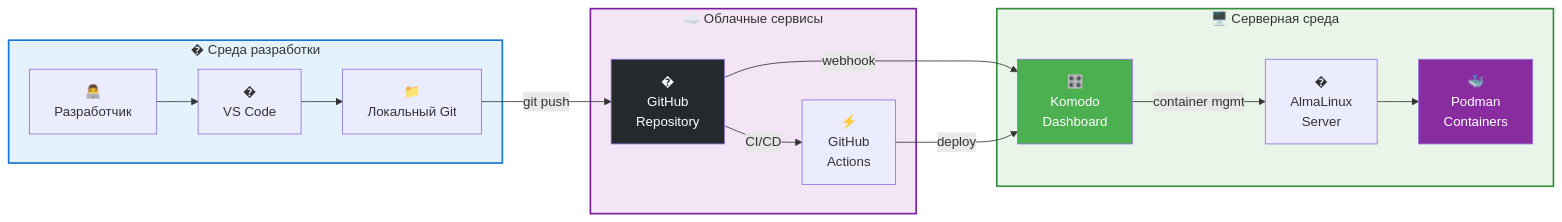
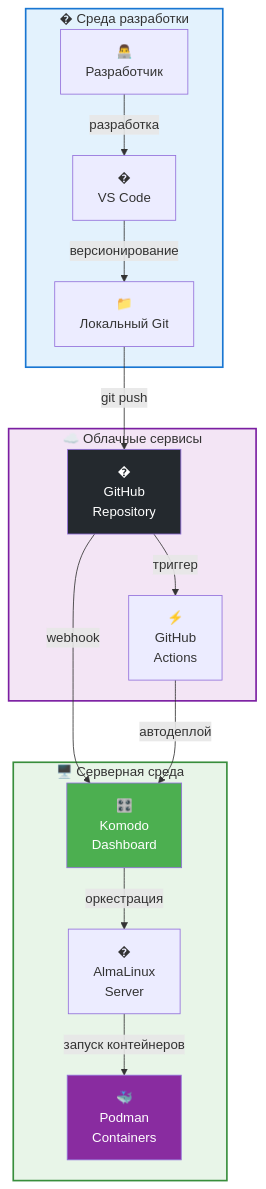
Before and after one commit to Alex-0293/TopWebStack: the first of 4 diagrams in docs/chapter-04-git.md, drawn with Mermaid. The commit also changed other lines of this file, not shown here.

First line of the commit message:
improve(git): улучшить диаграмму Git workflow для лучшей читаемости

````diff
--- a/docs/chapter-04-git.md
+++ b/docs/chapter-04-git.md
@@ -20,35 +20,37 @@
 ```mermaid
-flowchart LR
+    flowchart TD
     subgraph dev_env["� Среда разработки"]
         developer["👨‍💻<br/>Разработчик"]
         vscode["�<br/>VS Code"]
         local_git["📁<br/>Локальный Git"]
     end
     
     subgraph cloud["☁️ Облачные сервисы"]
         github["�<br/>GitHub<br/>Repository"]
         actions["⚡<br/>GitHub<br/>Actions"]
     end
     
     subgraph server_env["🖥️ Серверная среда"]
         komodo["🎛️<br/>Komodo<br/>Dashboard"]
         almalinux["�<br/>AlmaLinux<br/>Server"]
         podman["🐳<br/>Podman<br/>Containers"]
     end
     
-    developer --> vscode
-    vscode --> local_git
+    developer --> |"разработка"| vscode
+    vscode --> |"версионирование"| local_git
     local_git --> |"git push"| github
+    
     github --> |"webhook"| komodo
-    github --> |"CI/CD"| actions
-    actions --> |"deploy"| komodo
-    komodo --> |"container mgmt"| almalinux
-    almalinux --> podman
+    github --> |"триггер"| actions
+    actions --> |"автодеплой"| komodo
+    
+    komodo --> |"оркестрация"| almalinux
+    almalinux --> |"запуск контейнеров"| podman
     
     style dev_env fill:#e3f2fd,stroke:#1976d2,stroke-width:2px
     style cloud fill:#f3e5f5,stroke:#7b1fa2,stroke-width:2px
     style server_env fill:#e8f5e8,stroke:#388e3c,stroke-width:2px
     style github fill:#24292e,color:#fff
     style komodo fill:#4caf50,color:#fff
     style podman fill:#892ca0,color:#fff
 ```
````
